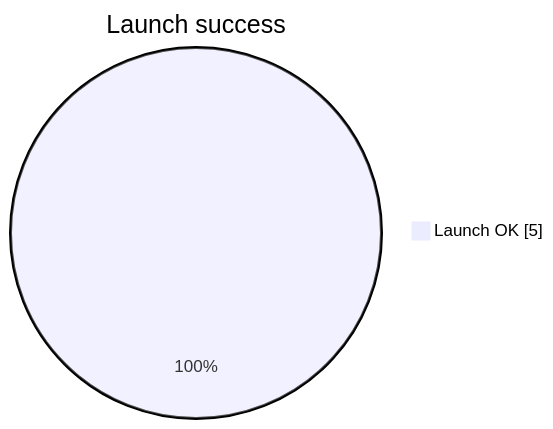
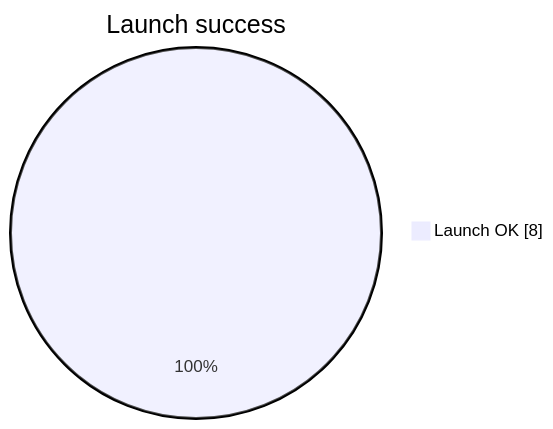
The second of 6 diagrams in docs/compatibility-stats.md (AbadXDev/CoreJ2), drawn with Mermaid before and after one commit. The commit also changed other lines of this file and 17 other files, not shown here.

````diff
--- a/docs/compatibility-stats.md
+++ b/docs/compatibility-stats.md
@@ -24,5 +26,5 @@
 ```mermaid
 pie showData
     title Launch success
-    "Launch OK" : 5
+    "Launch OK" : 8
 ```
````
